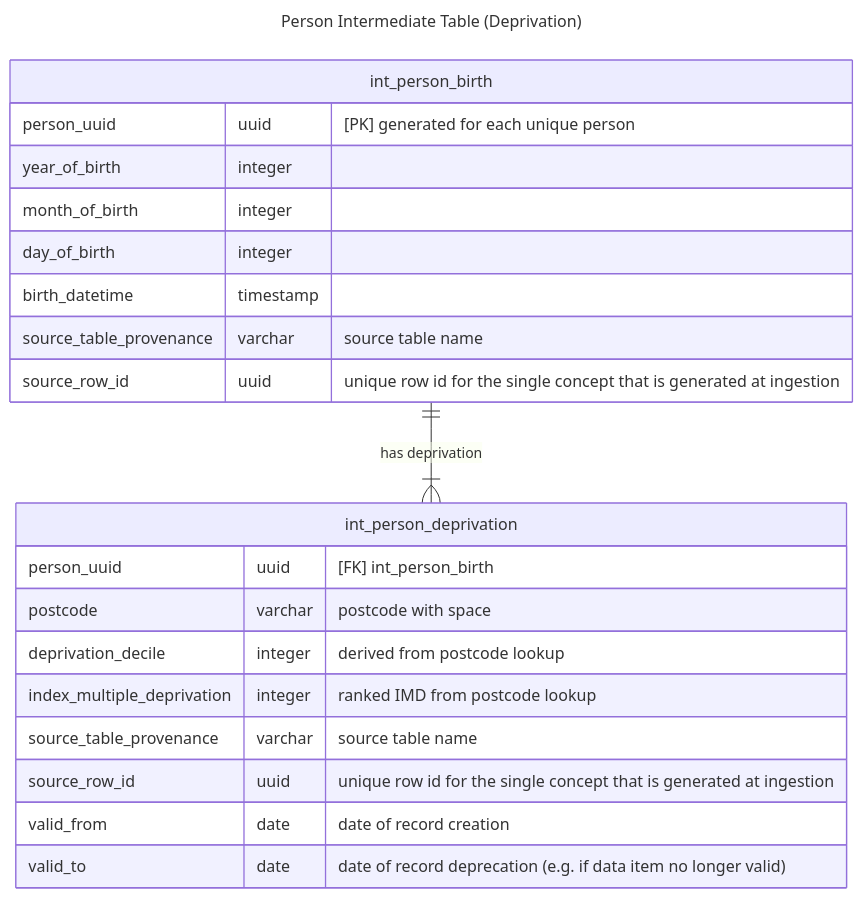
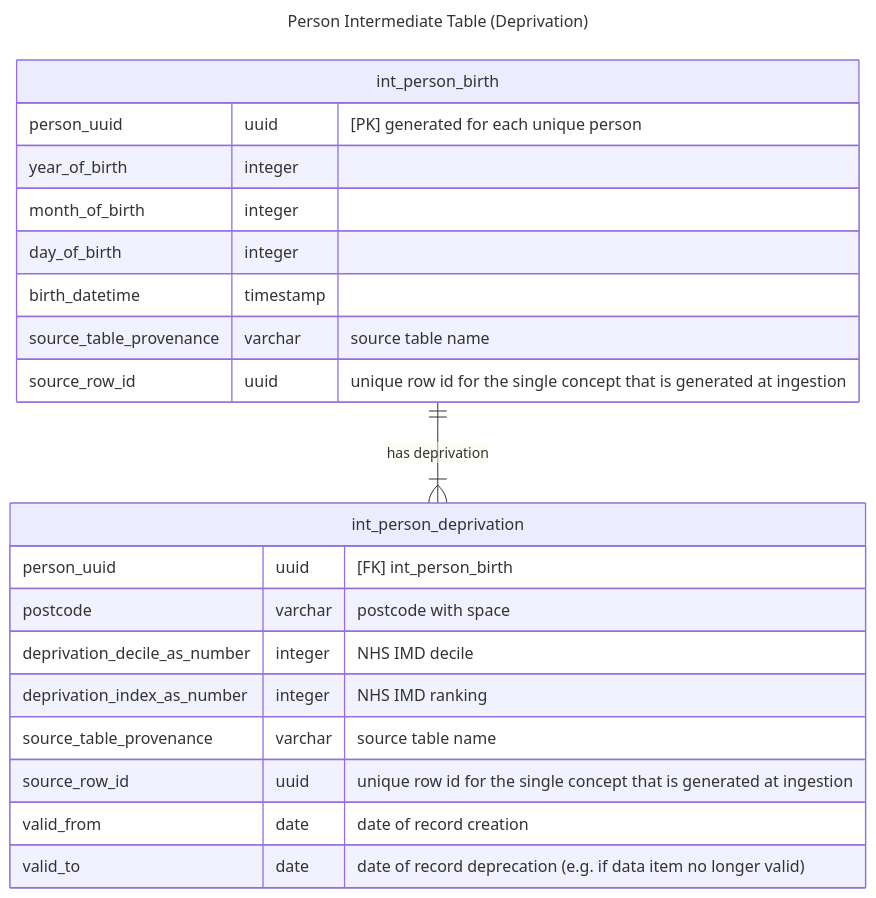
The third of 5 diagrams in src/pages/data_model/cdm_person.qmd (d3london/sde_aic_external_docs), drawn with Mermaid before and after one commit. The commit also changed other lines of this file and 1 other file, not shown here.

````diff
--- a/src/pages/data_model/cdm_person.qmd
+++ b/src/pages/data_model/cdm_person.qmd
@@ -90,26 +90,26 @@
 ```{mermaid}
 ---
 title: Person Intermediate Table (Deprivation)
 ---
 erDiagram
     int_person_birth {
         person_uuid uuid "[PK] generated for each unique person"
         year_of_birth integer
         month_of_birth integer
         day_of_birth integer
         birth_datetime timestamp
         source_table_provenance varchar "source table name"
         source_row_id uuid "unique row id for the single concept that is generated at ingestion"
     }
     int_person_birth ||--|{ int_person_deprivation : "has deprivation"
         int_person_deprivation {
         person_uuid uuid "[FK] int_person_birth"
         postcode varchar "postcode with space"
-        deprivation_decile integer "derived from postcode lookup"        
-        index_multiple_deprivation integer "ranked IMD from postcode lookup"
+        deprivation_decile_as_number integer "NHS IMD decile"       
+        deprivation_index_as_number integer "NHS IMD ranking"
         source_table_provenance varchar "source table name"
         source_row_id uuid "unique row id for the single concept that is generated at ingestion"
         valid_from date "date of record creation"
         valid_to date "date of record deprecation (e.g. if data item no longer valid)"
     }
 ```
````
